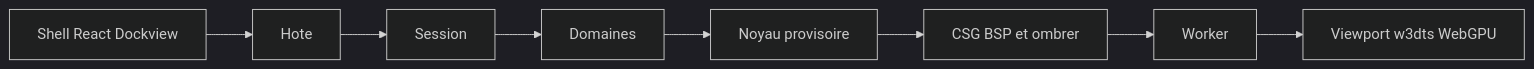
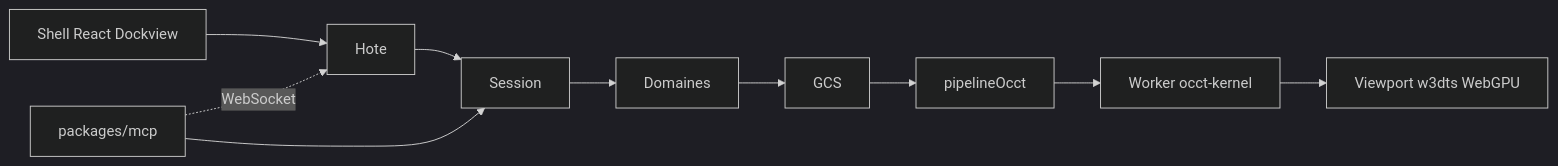
One commit to naanouff/OpenCadEditor changed the diagram in documentation/suivi/analyse.md. Above: the diagram before and after it, drawn with Mermaid (dark theme). The commit also changed other lines of this file and 19 other files, not shown here.

````diff
--- a/documentation/suivi/analyse.md
+++ b/documentation/suivi/analyse.md
@@ -11,10 +11,12 @@
 ```mermaid
 flowchart LR
   ui[Shell React Dockview] --> hote[Hote]
   hote --> session[Session]
   session --> domaines[Domaines]
-  domaines --> noyau[Noyau provisoire]
-  noyau --> csg[CSG BSP et ombrer]
-  csg --> worker[Worker]
+  domaines --> gcs[GCS]
+  gcs --> pipe[pipelineOcct]
+  pipe --> worker[Worker occt-kernel]
   worker --> viewport[Viewport w3dts WebGPU]
+  mcp[packages/mcp] --> session
+  mcp -.->|WebSocket| hote
 ```
````
